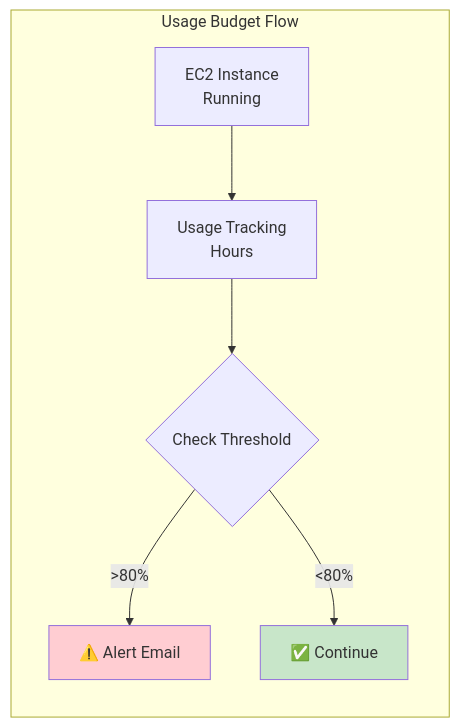
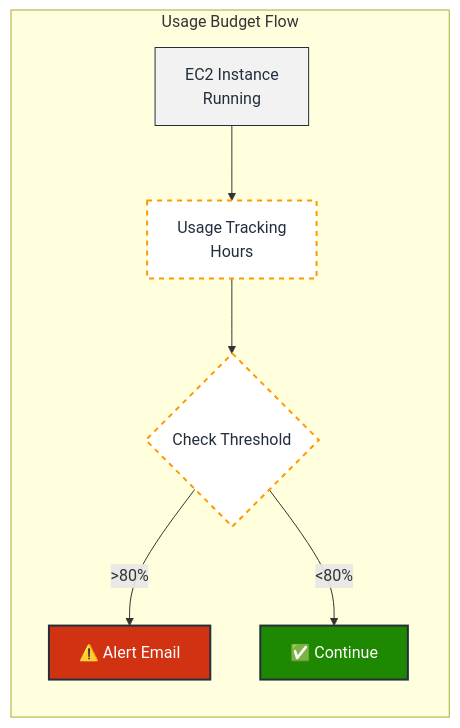
The sixth of 7 diagrams in The First Cloud Journey/3. Cost Management with AWS Budgets/README.md (tietvinhphu/AWS-Journey), drawn with Mermaid before and after one commit. The commit also changed other lines of this file, not shown here.

Commit message:
update mermaid

````diff
--- a/The First Cloud Journey/3. Cost Management with AWS Budgets/README.md
+++ b/The First Cloud Journey/3. Cost Management with AWS Budgets/README.md
@@ -328,13 +333,15 @@
 ```mermaid
 flowchart LR
+    %% Define Styles
+    classDef resource fill:#f2f2f2,stroke:#232F3E,stroke-width:1px,color:#232F3E
+    classDef action fill:#fff,stroke:#FF9900,stroke-width:2px,color:#232F3E,stroke-dasharray: 5 5
+    classDef alert fill:#D13212,stroke:#232F3E,stroke-width:2px,color:#fff
+    classDef safe fill:#1E8900,stroke:#232F3E,stroke-width:2px,color:#fff
+
     subgraph "Usage Budget Flow"
-        A[EC2 Instance<br/>Running] --> B[Usage Tracking<br/>Hours]
-        B --> C{Check Threshold}
-        C -->|>80%| D[⚠️ Alert Email]
-        C -->|<80%| E[✅ Continue]
+        A[EC2 Instance<br/>Running]:::resource --> B[Usage Tracking<br/>Hours]:::action
+        B --> C{Check Threshold}:::action
+        C -->|>80%| D[⚠️ Alert Email]:::alert
+        C -->|<80%| E[✅ Continue]:::safe
     end
-
-    style D fill:#ffcdd2
-    style E fill:#c8e6c9
-
 ```
````
